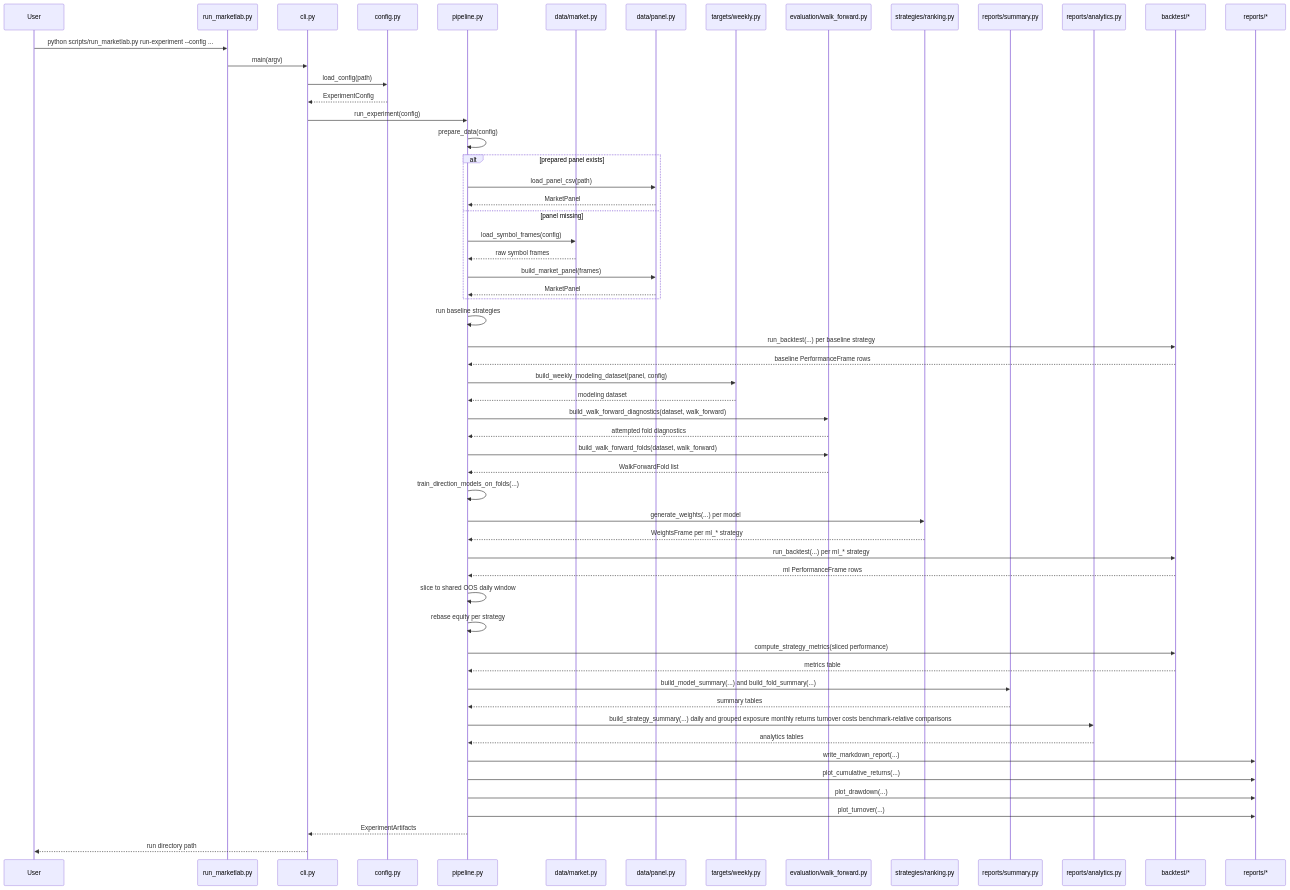
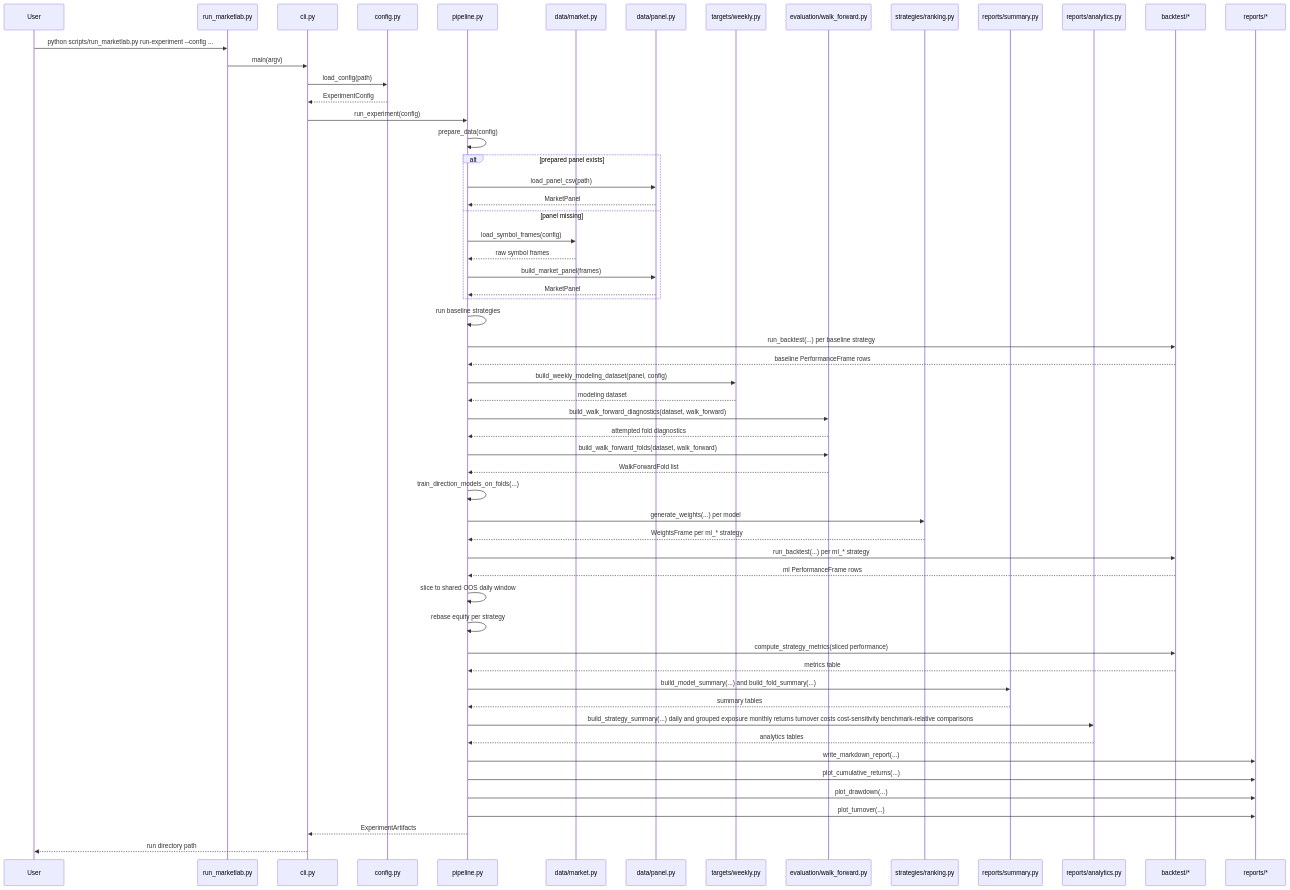
Before and after one commit to ricardogr07/market-lab: the fourth of 6 diagrams in docs/architecture.md, drawn with Mermaid. The commit also changed other lines of this file and 1 other file, not shown here.

Commit message:
docs: document cost sensitivity diagnostics

````diff
--- a/docs/architecture.md
+++ b/docs/architecture.md
@@ -172,63 +181,63 @@
 ```mermaid
 sequenceDiagram
     participant U as User
     participant L as run_marketlab.py
     participant C as cli.py
     participant CFG as config.py
     participant P as pipeline.py
     participant M as data/market.py
     participant N as data/panel.py
     participant T as targets/weekly.py
     participant E as evaluation/walk_forward.py
     participant RANK as strategies/ranking.py
     participant SUM as reports/summary.py
     participant AN as reports/analytics.py
     participant B as backtest/*
     participant R as reports/*
 
     U->>L: python scripts/run_marketlab.py run-experiment --config ...
     L->>C: main(argv)
     C->>CFG: load_config(path)
     CFG-->>C: ExperimentConfig
     C->>P: run_experiment(config)
     P->>P: prepare_data(config)
 
     alt prepared panel exists
         P->>N: load_panel_csv(path)
         N-->>P: MarketPanel
     else panel missing
         P->>M: load_symbol_frames(config)
         M-->>P: raw symbol frames
         P->>N: build_market_panel(frames)
         N-->>P: MarketPanel
     end
 
     P->>P: run baseline strategies
     P->>B: run_backtest(...) per baseline strategy
     B-->>P: baseline PerformanceFrame rows
     P->>T: build_weekly_modeling_dataset(panel, config)
     T-->>P: modeling dataset
     P->>E: build_walk_forward_diagnostics(dataset, walk_forward)
     E-->>P: attempted fold diagnostics
     P->>E: build_walk_forward_folds(dataset, walk_forward)
     E-->>P: WalkForwardFold list
     P->>P: train_direction_models_on_folds(...)
     P->>RANK: generate_weights(...) per model
     RANK-->>P: WeightsFrame per ml_* strategy
     P->>B: run_backtest(...) per ml_* strategy
     B-->>P: ml PerformanceFrame rows
     P->>P: slice to shared OOS daily window
     P->>P: rebase equity per strategy
     P->>B: compute_strategy_metrics(sliced performance)
     B-->>P: metrics table
     P->>SUM: build_model_summary(...) and build_fold_summary(...)
     SUM-->>P: summary tables
-    P->>AN: build_strategy_summary(...) daily and grouped exposure monthly returns turnover costs benchmark-relative comparisons
+    P->>AN: build_strategy_summary(...) daily and grouped exposure monthly returns turnover costs cost-sensitivity benchmark-relative comparisons
     AN-->>P: analytics tables
     P->>R: write_markdown_report(...)
     P->>R: plot_cumulative_returns(...)
     P->>R: plot_drawdown(...)
     P->>R: plot_turnover(...)
     P-->>C: ExperimentArtifacts
     C-->>U: run directory path
 ```
````
